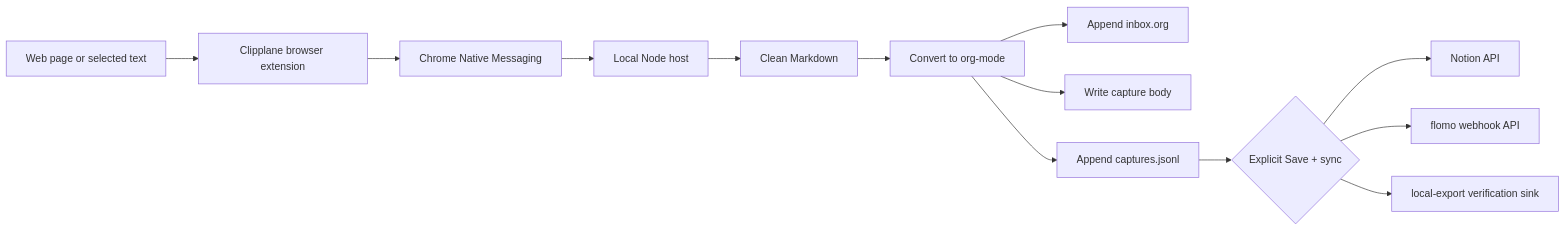
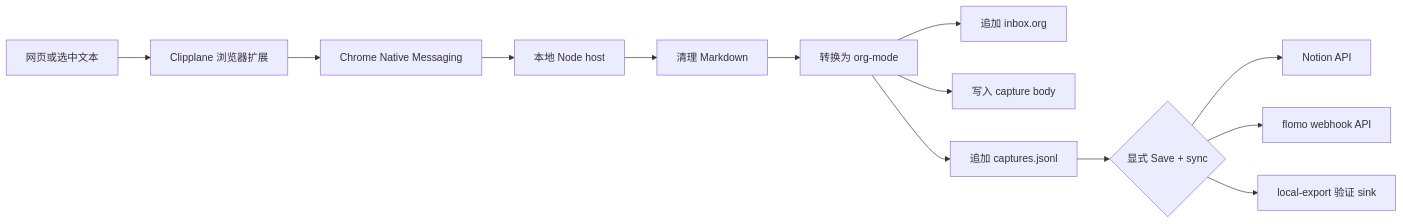
One commit to KKenny0/Clipplane changed the diagram in README.md. Above: the diagram before and after it, drawn with Mermaid. The commit also changed other lines of this file and 1 other file, not shown here.

````diff
--- a/README.md
+++ b/README.md
@@ -22,15 +28,15 @@
 ```mermaid
 flowchart LR
-  A[Web page or selected text] --> B[Clipplane browser extension]
+  A[网页或选中文本] --> B[Clipplane 浏览器扩展]
   B --> C[Chrome Native Messaging]
-  C --> D[Local Node host]
-  D --> E[Clean Markdown]
-  E --> F[Convert to org-mode]
-  F --> G[Append inbox.org]
-  F --> H[Write capture body]
-  F --> I[Append captures.jsonl]
-  I --> J{Explicit Save + sync}
+  C --> D[本地 Node host]
+  D --> E[清理 Markdown]
+  E --> F[转换为 org-mode]
+  F --> G[追加 inbox.org]
+  F --> H[写入 capture body]
+  F --> I[追加 captures.jsonl]
+  I --> J{显式 Save + sync}
   J --> K[Notion API]
   J --> L[flomo webhook API]
-  J --> M[local-export verification sink]
+  J --> M[local-export 验证 sink]
 ```
````
